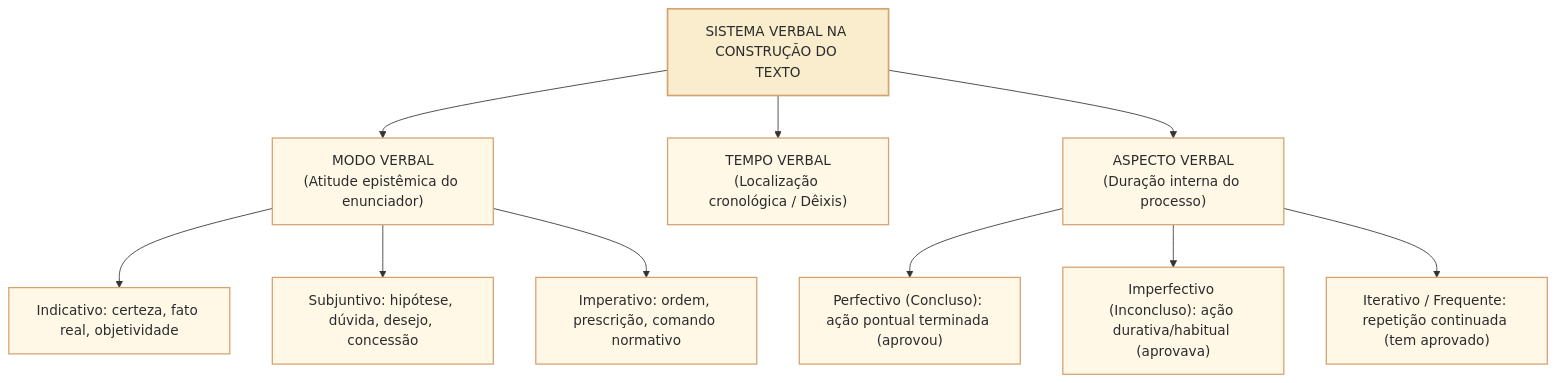
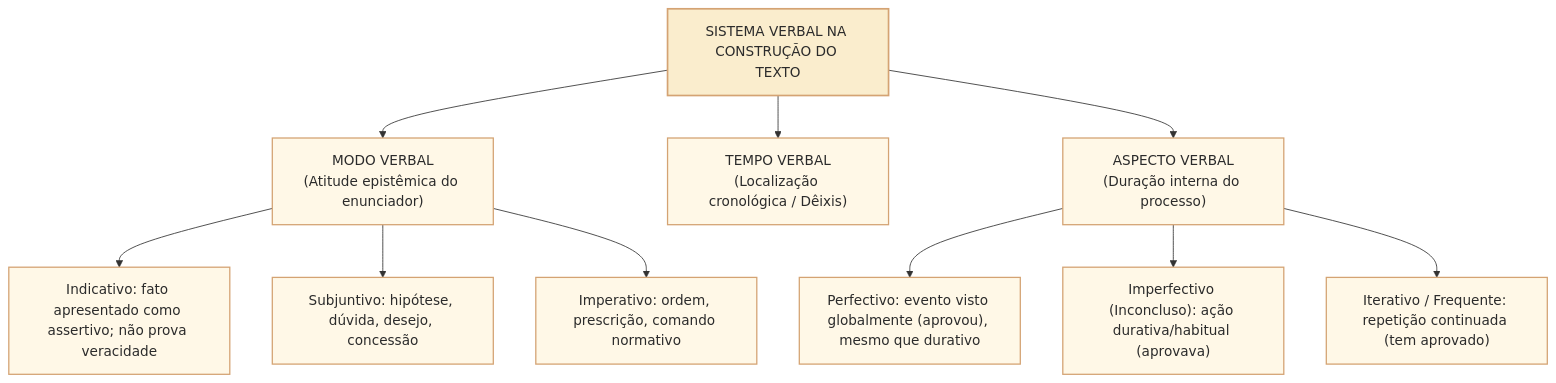
One commit to leorruas/concursos changed the first of 2 diagrams in 3 - Materias/Portugues/21 - tempo modo e aspecto verbal na construcao do texto.md. Above: the diagram before and after it, drawn with Mermaid. The commit also changed other lines of this file, not shown here.

````diff
--- a/3 - Materias/Portugues/21 - tempo modo e aspecto verbal na construcao do texto.md
+++ b/3 - Materias/Portugues/21 - tempo modo e aspecto verbal na construcao do texto.md
@@ -27,21 +27,21 @@
 ```mermaid
 flowchart TD
     classDef default fill:#fff8e7,stroke:#d4a373,stroke-width:1.5px,color:#2b2b2b;
     classDef centro fill:#faedcd,stroke:#d4a373,stroke-width:2px,color:#2b2b2b;
 
     VERBO["SISTEMA VERBAL NA CONSTRUÇÃO DO TEXTO"]:::centro
 
     MODO["MODO VERBAL<br>(Atitude epistêmica do enunciador)"]
     TEMPO["TEMPO VERBAL<br>(Localização cronológica / Dêixis)"]
     ASP["ASPECTO VERBAL<br>(Duração interna do processo)"]
 
     VERBO --> MODO & TEMPO & ASP
 
-    MODO --> M1["Indicativo: certeza, fato real, objetividade"]
+    MODO --> M1["Indicativo: fato apresentado como assertivo; não prova veracidade"]
     MODO --> M2["Subjuntivo: hipótese, dúvida, desejo, concessão"]
     MODO --> M3["Imperativo: ordem, prescrição, comando normativo"]
 
-    ASP --> A1["Perfectivo (Concluso): ação pontual terminada (aprovou)"]
+    ASP --> A1["Perfectivo: evento visto globalmente (aprovou), mesmo que durativo"]
     ASP --> A2["Imperfectivo (Inconcluso): ação durativa/habitual (aprovava)"]
     ASP --> A3["Iterativo / Frequente: repetição continuada (tem aprovado)"]
 ```
````
